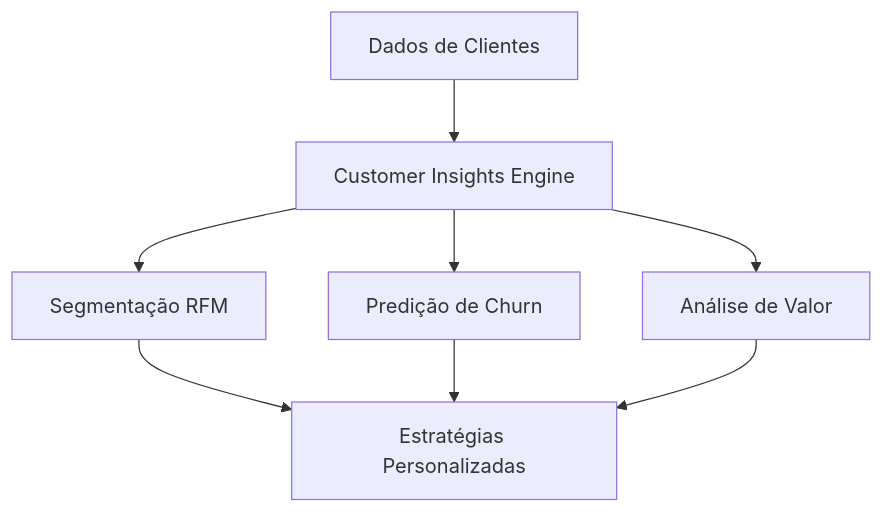
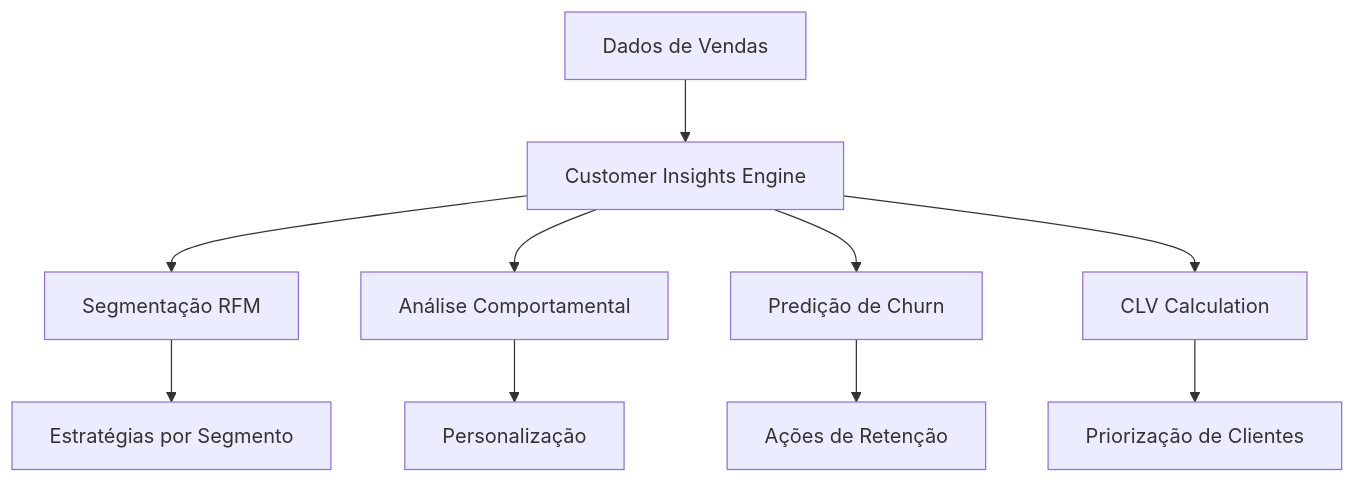
The third of 3 diagrams in README.md (jeanjeferson/insights-ai), drawn with Mermaid before and after one commit. The commit also changed other lines of this file and 1 other file, not shown here.

First line of the commit message:
Update README.md to reflect enhancements in Insights AI system

````diff
--- a/README.md
+++ b/README.md
@@ -362,10 +397,12 @@
 ```mermaid
 graph TD
-    A[Dados de Clientes] --> B[Customer Insights Engine]
+    A[Dados de Vendas] --> B[Customer Insights Engine]
     B --> C[Segmentação RFM]
-    B --> D[Predição de Churn]
-    B --> E[Análise de Valor]
-    C --> F[Estratégias Personalizadas]
-    D --> F
-    E --> F
+    B --> D[Análise Comportamental]
+    B --> E[Predição de Churn]
+    B --> F[CLV Calculation]
+    C --> G[Estratégias por Segmento]
+    D --> H[Personalização]
+    E --> I[Ações de Retenção]
+    F --> J[Priorização de Clientes]
 ```
````
